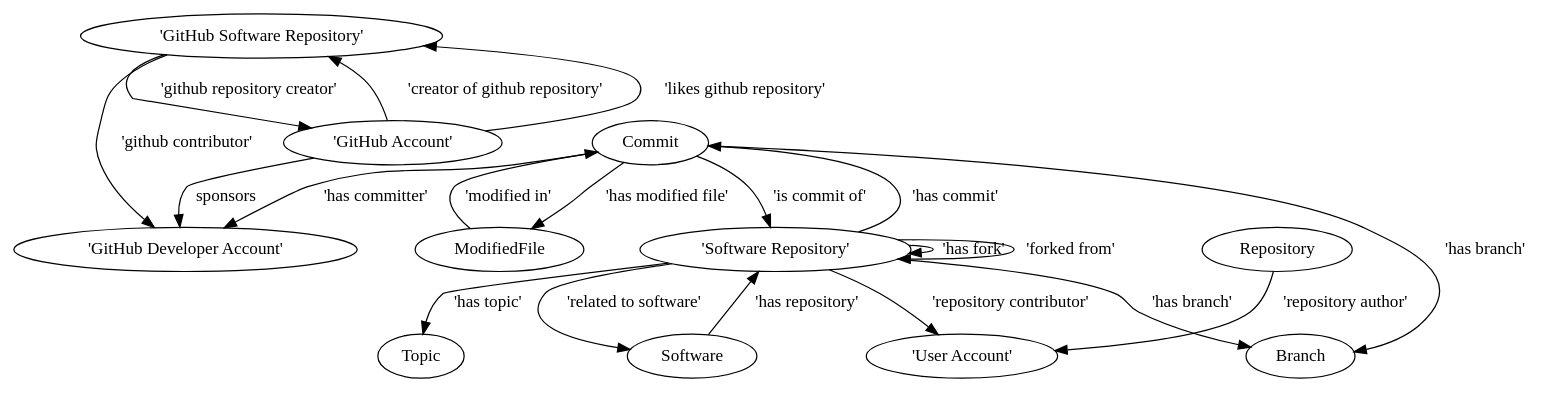
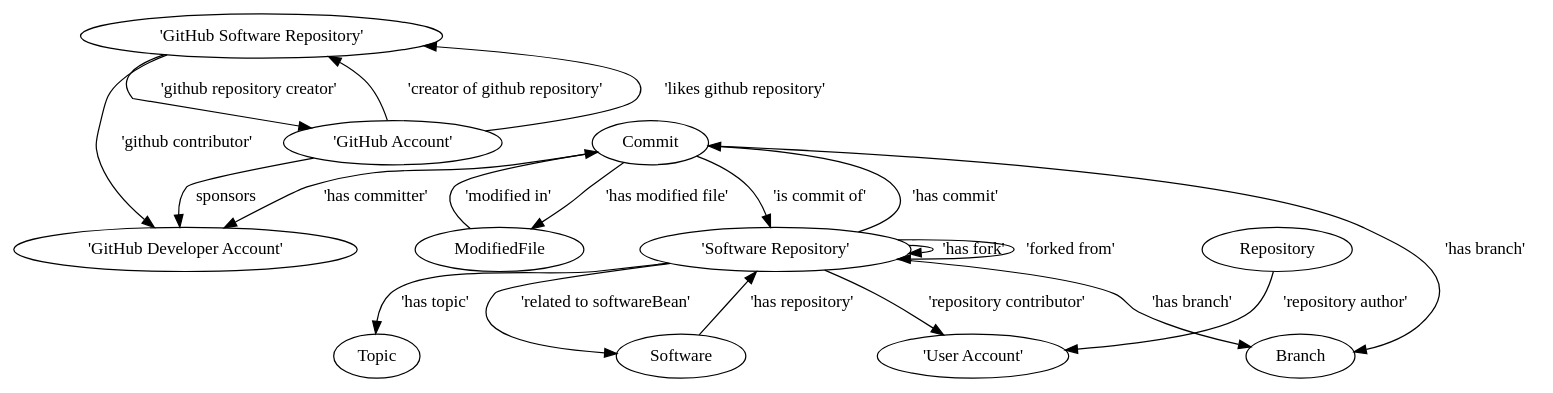
The diagram in presentation/assets/ObjectProperties.dot (sabato-nocera/tsro), drawn with Graphviz before and after one commit. The commit also changed 21 other files, not shown here.

```diff
--- a/presentation/assets/ObjectProperties.dot
+++ b/presentation/assets/ObjectProperties.dot
@@ -1,21 +1,21 @@
 digraph g {
 	"'GitHub Software Repository'" -> "'GitHub Account'" [label="'github repository creator'"]
 	"Repository" -> "'User Account'" [label="'repository author'"]
 	"Commit" -> "ModifiedFile" [label="'has modified file'"]
 	"ModifiedFile" -> "Commit" [label="'modified in'"]
 	"Commit" -> "Branch" [label="'has branch'"]
 	"Commit" -> "'GitHub Developer Account'" [label="'has committer'"]
 	"'Software Repository'" -> "'User Account'" [label="'repository contributor'"]
 	"Software" -> "'Software Repository'" [label="'has repository'"]
 	"'Software Repository'" -> "Branch" [label="'has branch'"]
 	"'Software Repository'" -> "Commit" [label="'has commit'"]
 	"'GitHub Account'" -> "'GitHub Software Repository'" [label="'creator of github repository'"]
 	"Commit" -> "'Software Repository'" [label="'is commit of'"]
 	"'GitHub Account'" -> "'GitHub Developer Account'" [label="sponsors"]
-	"'Software Repository'" -> "Software" [label="'related to software'"]
+	"'Software Repository'" -> "Software" [label="'related to softwareBean'"]
 	"'GitHub Software Repository'" -> "'GitHub Developer Account'" [label="'github contributor'"]
 	"'Software Repository'" -> "'Software Repository'" [label="'has fork'"]
 	"'GitHub Account'" -> "'GitHub Software Repository'" [label="'likes github repository'"]
 	"'Software Repository'" -> "Topic" [label="'has topic'"]
 	"'Software Repository'" -> "'Software Repository'" [label="'forked from'"]
 }
```
